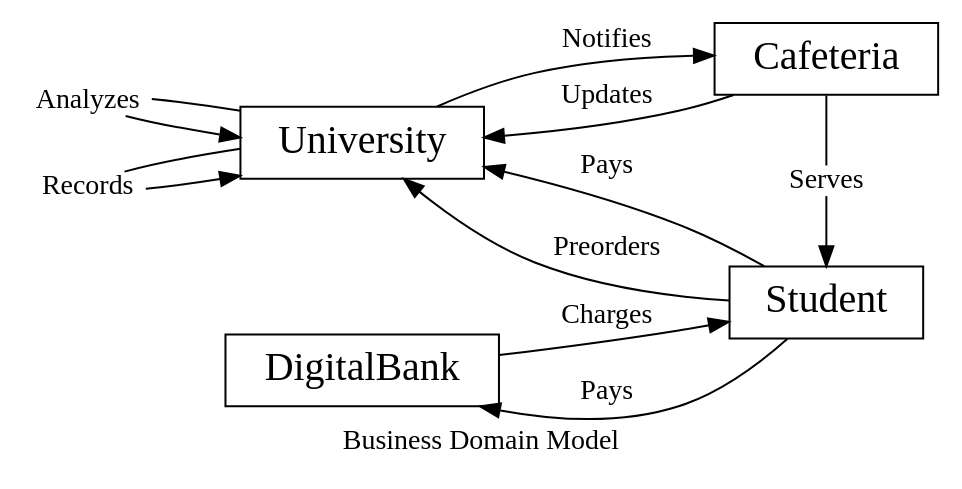
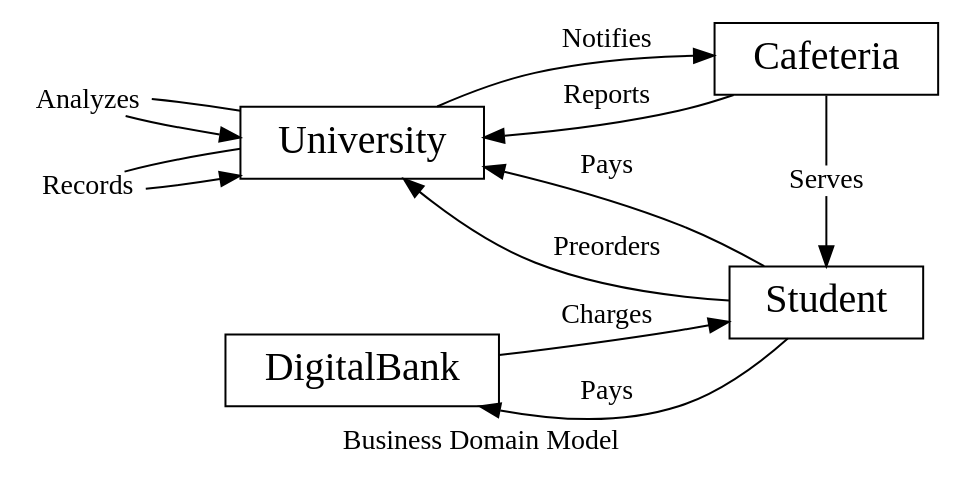
The diagram in ass1-revisited.org (gebrek/sod-rev), drawn with Graphviz before and after one commit. The commit also changed other lines of this file, not shown here.

Commit message:
s/updates/reports/ and Food Service

```diff
--- a/ass1-revisited.org
+++ b/ass1-revisited.org
@@ -13,43 +13,43 @@
    #+BEGIN_SRC dot :file res/business_domain.png :tangle res/business_domain.dot
      digraph BznsDmn {
 	     label="Business Domain Model"
 	     rankdir=LR;
 	     newrank=true;
 	     node [fontsize= 20 shape=box]
 	     // Stakeholders
 	     University;
 	     DigitalBank;
 	     // Users
 	     Cafeteria;
 	     Student;
 
 	     edge [fontsize=14]
 	     University->Cafeteria	[label="Notifies"];
 
 	     Student->University	[label="Pays"];
 	     Student->DigitalBank	[label="Pays"];
 	     Student->University	[label="Preorders"];
 	     DigitalBank->Student	[label="Charges"];
 
 	     // Cafeteria->Student		[label="Serves"];
-	     Cafeteria->University 	[label="Updates"];
+	     Cafeteria->University 	[label="Reports"];
 
 	     // Proxy actions
 	     node [fontsize=14 shape=plaintext height=0 margin=0]
 	     Analyzes;
 	     Records;
 	     Serves;
 	     edge [dir=both arrowtail=none arrowhead=none]
 	     University->Records;
 	     University->Analyzes;
 	     Cafeteria->Serves;
 	     edge [arrowhead=normal arrowtail=none]
 	     Records->University;
 	     Analyzes->University;
 	     Serves->Student;
 
 	     {rank=min Analyzes, Records}
 	     {rank=same University, DigitalBank}
 	     {rank=same Student, Cafeteria, Serves}
      }
    #+END_SRC
```
